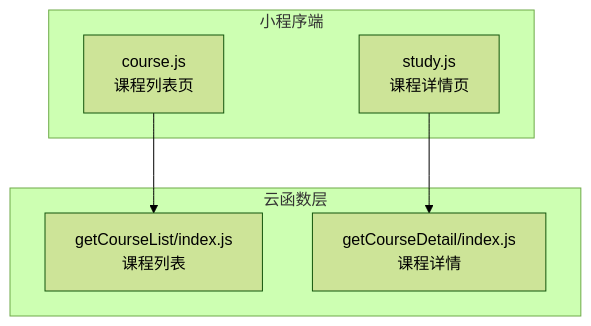
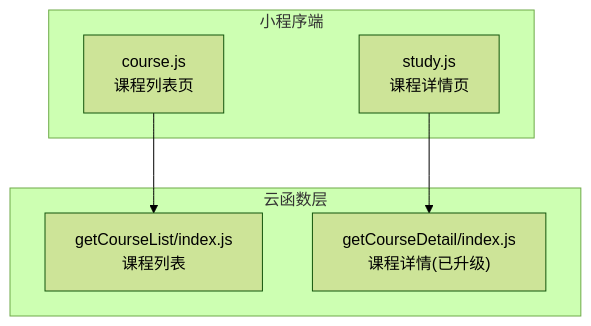
The first of 5 diagrams in .qoder/repowiki/zh/content/核心功能模块/课程学习系统/课程管理模块.md (cwb7756/bio), drawn with Mermaid (forest theme) before and after one commit. The commit also changed other lines of this file and 46 other files, not shown here.

````diff
--- a/.qoder/repowiki/zh/content/核心功能模块/课程学习系统/课程管理模块.md
+++ b/.qoder/repowiki/zh/content/核心功能模块/课程学习系统/课程管理模块.md
@@ -35,13 +44,13 @@
 ```mermaid
 graph TB
 subgraph "小程序端"
 C["course.js<br/>课程列表页"]
 S["study.js<br/>课程详情页"]
 end
 subgraph "云函数层"
 L["getCourseList/index.js<br/>课程列表"]
-D["getCourseDetail/index.js<br/>课程详情"]
+D["getCourseDetail/index.js<br/>课程详情(已升级)"]
 end
 C --> L
 S --> D
 ```
````
